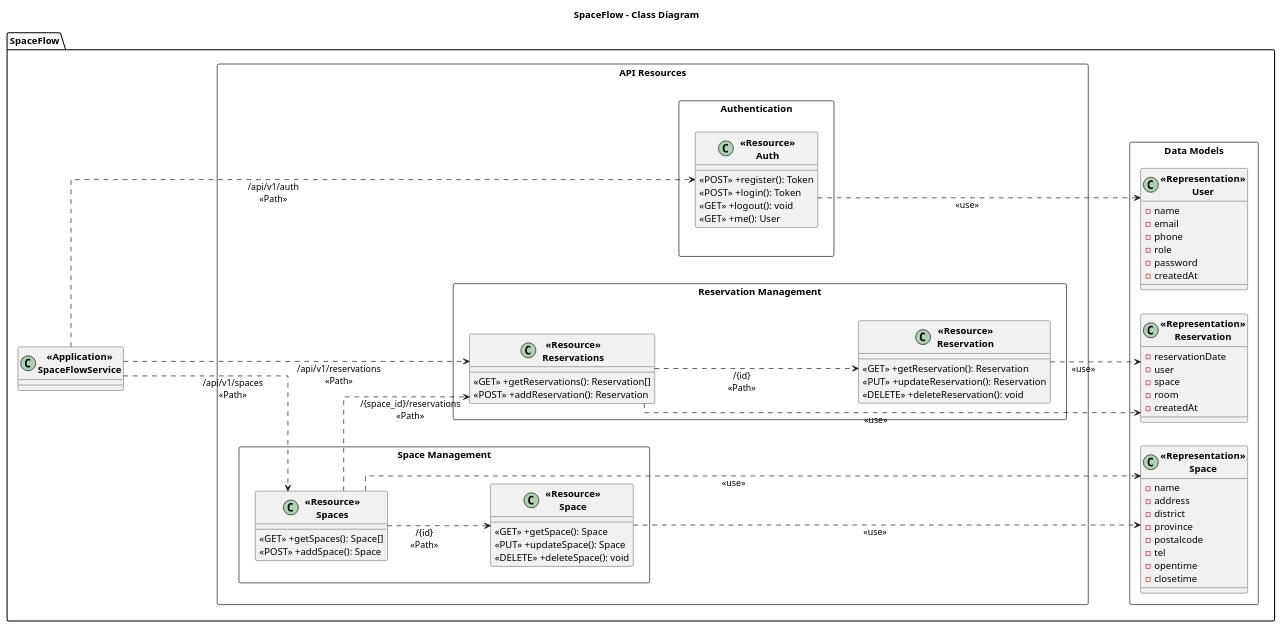
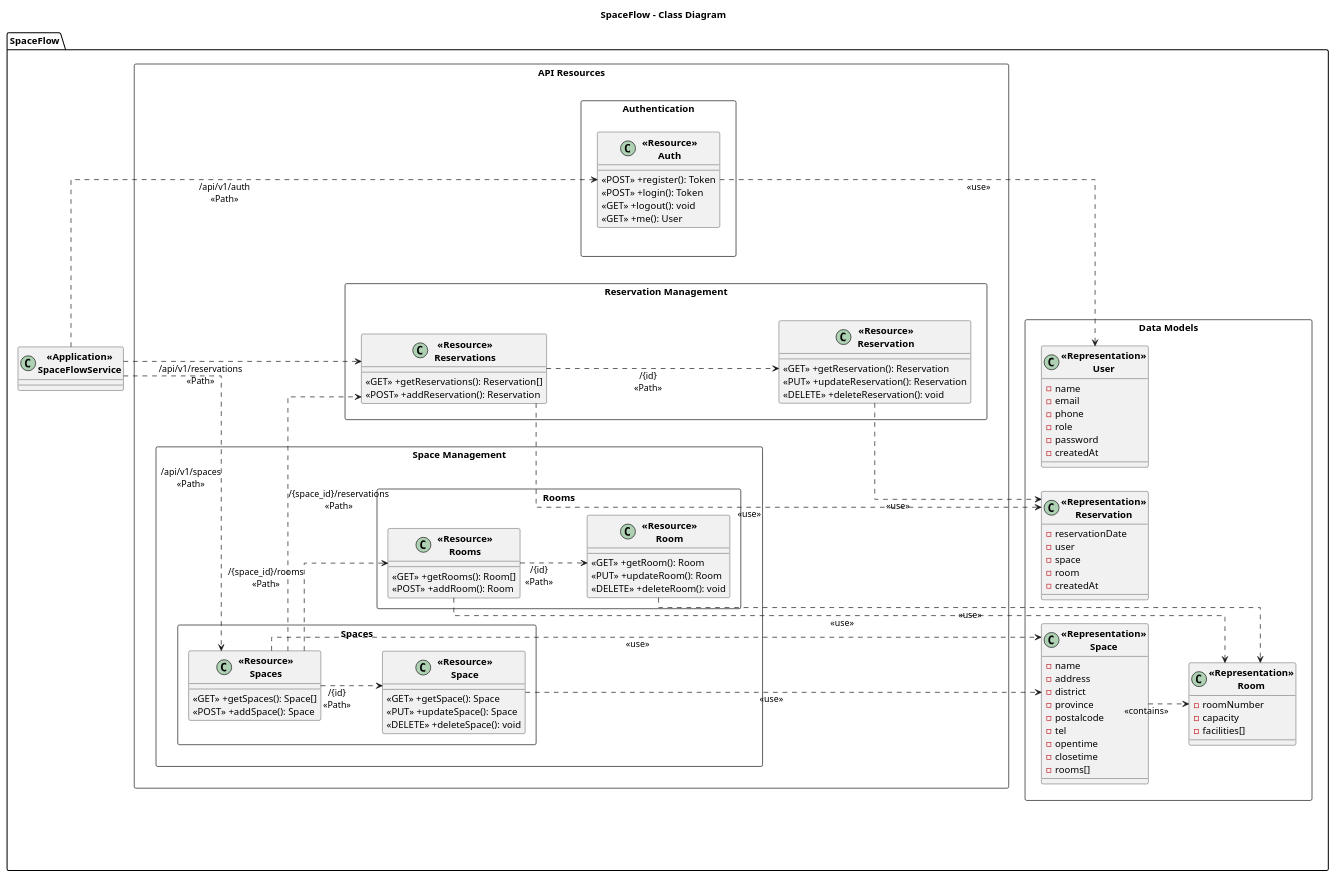
The diagram in docs/class.puml (Captainistz/be-spaceflow), drawn with PlantUML before and after one commit. The commit also changed 4 other files, not shown here.

Commit message:
📄 Add use case and authentication flow diagrams for Rooms and Spaces

```diff
--- a/docs/class.puml
+++ b/docs/class.puml
@@ -1,112 +1,146 @@
 @startuml SpaceFlow Class Diagram
 
 left to right direction
 skinparam linetype ortho
 skinparam classFontStyle bold
 
 
 title SpaceFlow - Class Diagram
 
 package "SpaceFlow" {
     class "<<Application>>\nSpaceFlowService" as SpaceFlowService {}
 
     rectangle "API Resources" as APIResources {
         rectangle "Space Management" as SpaceManagement {
-            class "<<Resource>>\nSpaces" as ResourceSpaces {
-                <<GET>> +getSpaces(): Space[]
-                <<POST>> +addSpace(): Space
+            rectangle "Spaces" {
+
+                class "<<Resource>>\nSpaces" as ResourceSpaces {
+                    <<GET>> +getSpaces(): Space[]
+                    <<POST>> +addSpace(): Space
+                }
+
+                class "<<Resource>>\nSpace" as ResourceSpace {
+                    <<GET>> +getSpace(): Space
+                    <<PUT>> +updateSpace(): Space
+                    <<DELETE>> +deleteSpace(): void
+                }
             }
-
-            class "<<Resource>>\nSpace" as ResourceSpace {
-                <<GET>> +getSpace(): Space
-                <<PUT>> +updateSpace(): Space
-                <<DELETE>> +deleteSpace(): void
+            rectangle Rooms {
+                class "<<Resource>>\nRooms" as ResourceRooms {
+                    <<GET>> +getRooms(): Room[]
+                    <<POST>> +addRoom(): Room
+                }
+                
+                class "<<Resource>>\nRoom" as ResourceRoom {
+                    <<GET>> +getRoom(): Room
+                    <<PUT>> +updateRoom(): Room
+                    <<DELETE>> +deleteRoom(): void
+                }
             }
         }
 
         rectangle "Authentication" as Authentication {
             class "<<Resource>>\nAuth" as ResourceAuth {
               <<POST>> +register(): Token
               <<POST>> +login(): Token
               <<GET>> +logout(): void
               <<GET>> +me(): User
             }
         }
 
         rectangle "Reservation Management" as ReservationManagement {
             class "<<Resource>>\nReservations" as ResourceReservations {
                 <<GET>> +getReservations(): Reservation[]
                 <<POST>> +addReservation(): Reservation
             }
 
             class "<<Resource>>\nReservation" as ResourceReservation {
                 <<GET>> +getReservation(): Reservation
                 <<PUT>> +updateReservation(): Reservation
                 <<DELETE>> +deleteReservation(): void
             }
         }
-
     }
 
     rectangle "Data Models" {
-        class "<<Representation>>\nSpace" as RepresentationSpace {
-            -name
-            -address
-            -district
-            -province
-            -postalcode
-            -tel
-            -opentime
-            -closetime
+        together {
+            class "<<Representation>>\nSpace" as RepresentationSpace {
+                -name
+                -address
+                -district
+                -province
+                -postalcode
+                -tel
+                -opentime
+                -closetime
+                -rooms[]
+            }
+
+            class "<<Representation>>\nRoom" as RepresentationRoom {
+                -roomNumber
+                -capacity
+                -facilities[]
+            }
         }
 
         class "<<Representation>>\nReservation" as RepresentationReservation {
             -reservationDate
             -user
             -space
             -room
             -createdAt
         }
 
         class "<<Representation>>\nUser" as RepresentationUser {
             -name
             -email
             -phone
             -role
             -password
             -createdAt
         }
 
     }
+    
 
-    ' Formatting
-    RepresentationUser -[hidden]d> RepresentationReservation
     SpaceManagement -[hidden]d-> ReservationManagement
     ReservationManagement -[hidden]d-> Authentication
 
+    ' Path relationships
 
-    ' Path relationships
-    SpaceFlowService ...> ResourceReservations: "/api/v1/reservations\n<<Path>>"
-    SpaceFlowService ...> ResourceAuth: "/api/v1/auth\n<<Path>>"
-    SpaceFlowService ....> ResourceSpaces: "/api/v1/spaces\n<<Path>>"
+    SpaceFlowService .d.> ResourceReservations: "/api/v1/reservations\n<<Path>>"
+    SpaceFlowService ..> ResourceAuth: "/api/v1/auth\n<<Path>>"
+    SpaceFlowService ..> ResourceSpaces: "/api/v1/spaces\n<<Path>>"
 
-    ResourceSpaces ...> ResourceSpace: "/{id}\n<<Path>>"
-    ResourceSpaces ...> ResourceReservations: "/{space_id}/reservations\n<<Path>>"
+
+    ResourceSpaces ..> ResourceSpace: "/{id}\n<<Path>>"
+    ResourceSpaces ..> ResourceReservations: "/{space_id}/reservations\n<<Path>>"
+    ResourceSpaces ..> ResourceRooms: "/{space_id}/rooms\n<<Path>>"
+    ResourceRooms ..> ResourceRoom: "/{id}\n<<Path>>"
     ResourceReservations ...> ResourceReservation: "/{id}\n<<Path>>"
 
     ' Use relationships
-    ResourceSpace ...> RepresentationSpace: "<<use>>"
-    ResourceSpaces ...> RepresentationSpace: "<<use>>"
-    ResourceReservation ...> RepresentationReservation: "<<use>>"
-    ResourceReservations ...> RepresentationReservation: "<<use>>"
-    ResourceAuth ...> RepresentationUser: "<<use>>"
+    ResourceSpace ..> RepresentationSpace: "<<use>>"
+    ResourceSpaces ..> RepresentationSpace: "<<use>>"
+    ResourceRoom ..> RepresentationRoom: "<<use>>"
+    ResourceRooms ..> RepresentationRoom: "<<use>>"
 
+ 
+
+    ResourceReservation ..> RepresentationReservation: "<<use>>"
+    ResourceReservations ..> RepresentationReservation: "<<use>>"
+    
+    ResourceAuth ..> RepresentationUser: "<<use>>"
+    
+    ' Model relationships
+    RepresentationSpace ..> RepresentationRoom: "<<contains>>"
 
     ' Authentication
     ' note "Protected by JWT Authentication" as AuthNote
     ' AuthNote .. ResourceReservations
     ' AuthNote .. ResourceReservation
-    ' AuthNote .. ResourceAuth
+    ' AuthNote .. ResourceRooms
+    ' AuthNote .. ResourceRoom
 }
 
 @enduml
```
